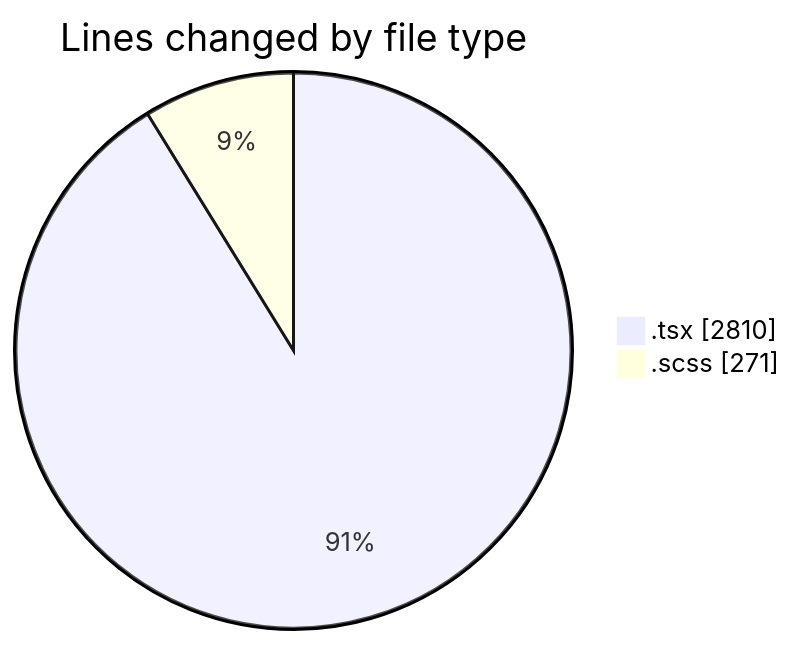
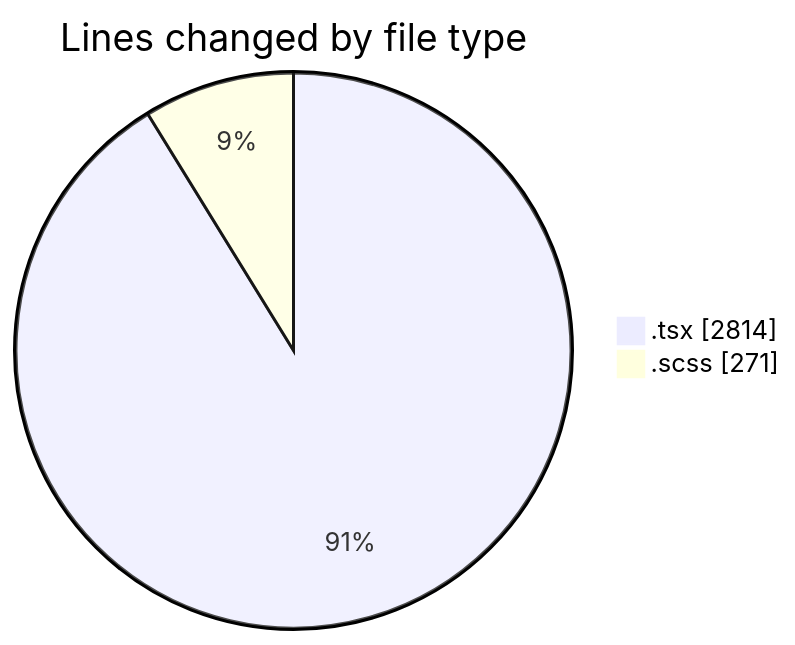
The first of 2 diagrams in 2025-11-18/cda/README.md (momahboobian/code-tracking), drawn with Mermaid before and after one commit. The commit also changed other lines of this file and 1 other file, not shown here.

````diff
--- a/2025-11-18/cda/README.md
+++ b/2025-11-18/cda/README.md
@@ -25,6 +25,6 @@
 ```mermaid
 pie showData
 title Lines changed by file type
-".tsx" : 2810
+".tsx" : 2814
 ".scss" : 271
 ```
````
